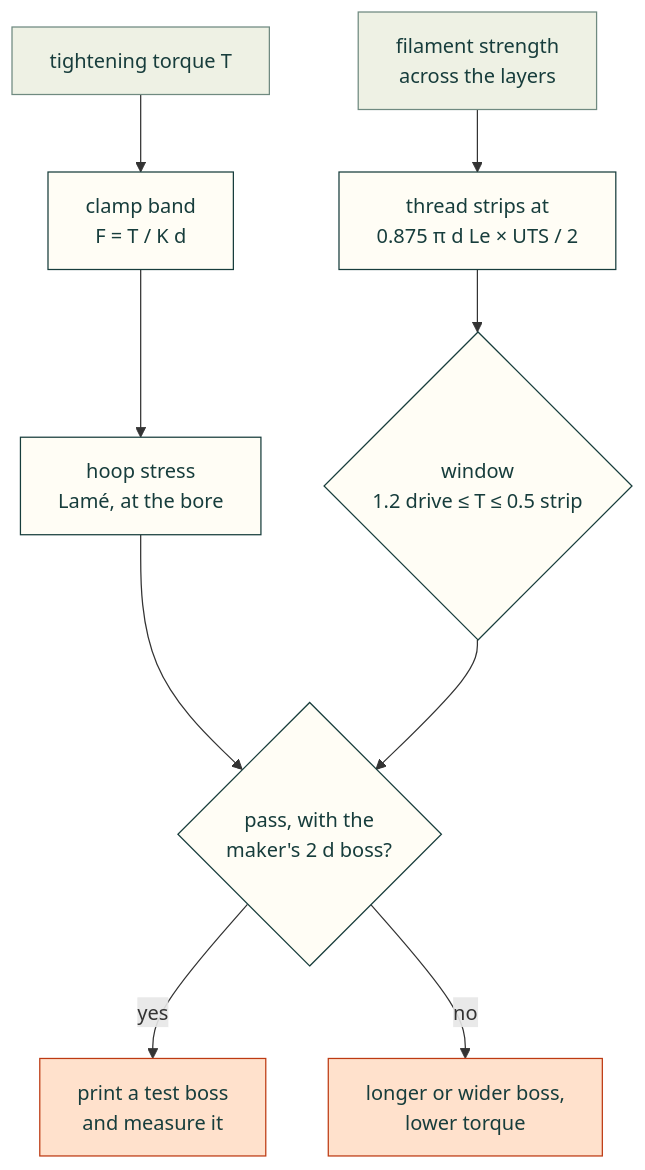
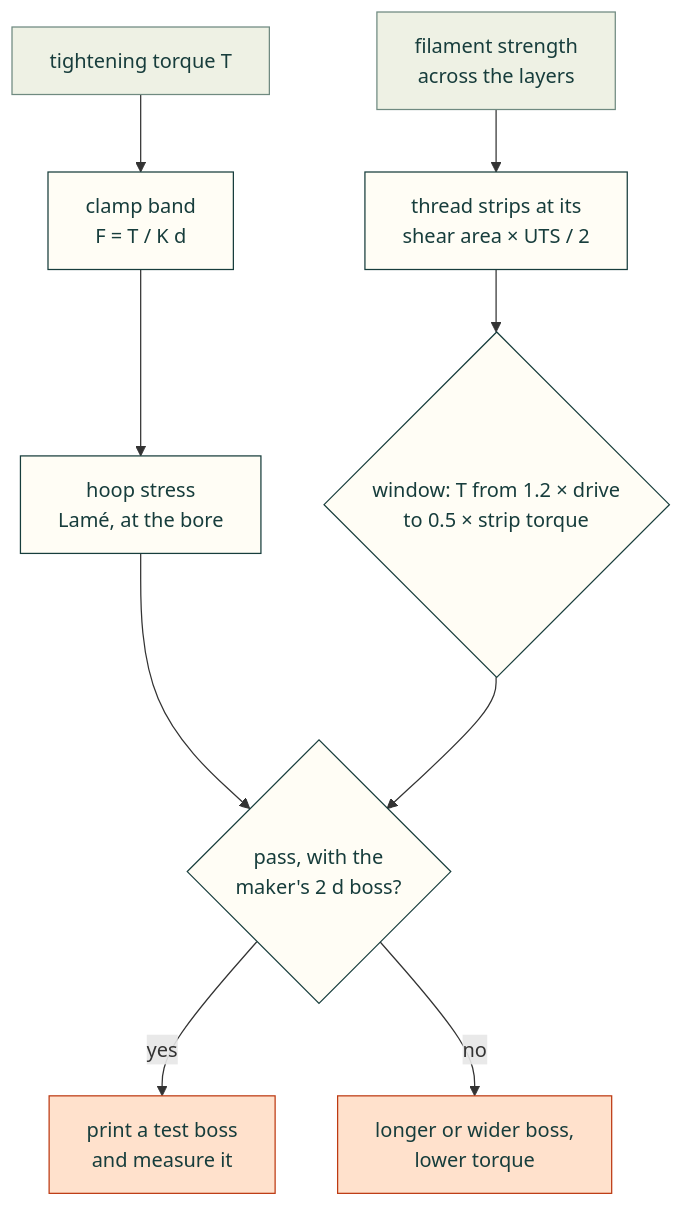
One commit to Valpatel/cad-agent changed the diagram in docs/screw-bosses.md. Above: the diagram before and after it, drawn with Mermaid.

Commit message:
Screw bosses: diagram labels in the site font's characters (#161)

````diff
--- a/docs/screw-bosses.md
+++ b/docs/screw-bosses.md
@@ -47,17 +47,17 @@
 ```mermaid
 flowchart TD
     T["tightening torque T"] --> F["clamp band<br/>F = T / K d"]
-    S["filament strength<br/>across the layers"] --> X["thread strips at<br/>0.875 π d Le × UTS / 2"]
+    S["filament strength<br/>across the layers"] --> X["thread strips at its<br/>shear area × UTS / 2"]
     F --> H["hoop stress<br/>Lamé, at the bore"]
-    X --> W{"window<br/>1.2 drive ≤ T ≤ 0.5 strip"}
+    X --> W{"window: T from 1.2 × drive<br/>to 0.5 × strip torque"}
     H --> G{"pass, with the<br/>maker's 2 d boss?"}
     W --> G
     G -->|"yes"| P["print a test boss<br/>and measure it"]
     G -->|"no"| B["longer or wider boss,<br/>lower torque"]
     classDef here fill:#fffdf5,stroke:#173d3c,color:#173d3c
     classDef near fill:#eef1e4,stroke:#6f8a80,color:#173d3c
     classDef out fill:#ffe1cc,stroke:#bd3a12,color:#173d3c
     class F,X,H,W,G here
     class T,S near
     class P,B out
 ```
````
